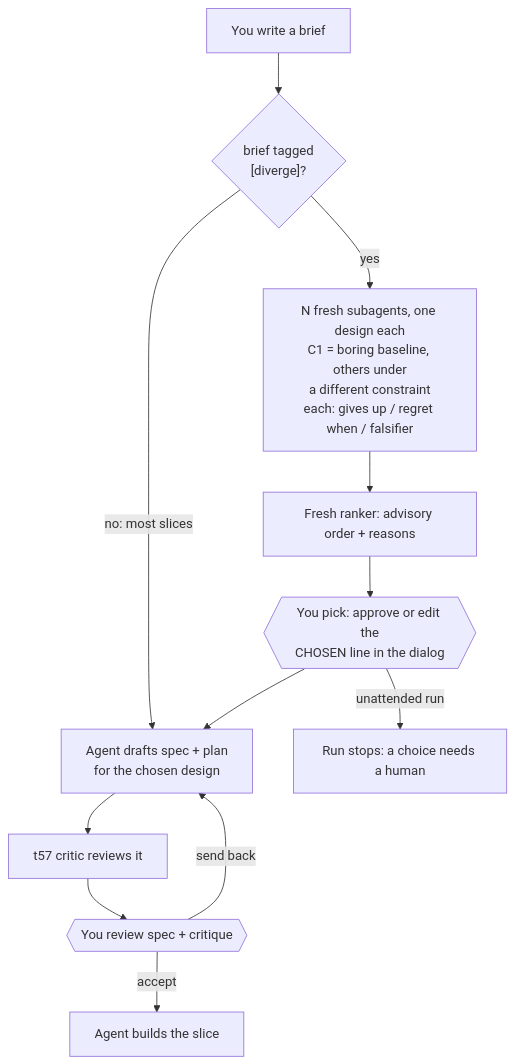
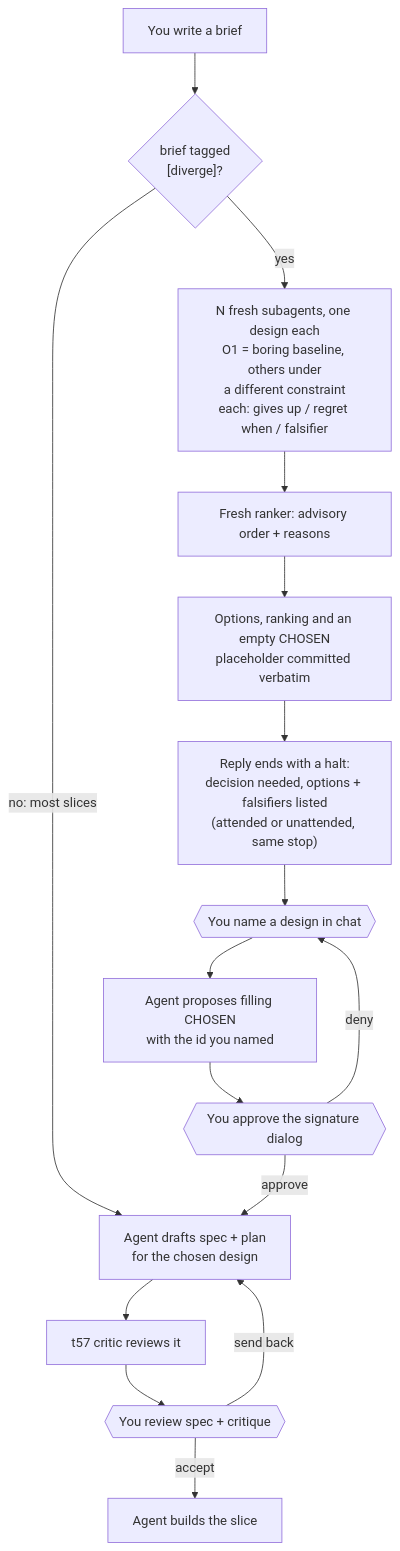
The second of 2 diagrams in docs/cascade/05b-t58-divergence.md (kadaluarsa/barbaric-driven-development), drawn with Mermaid before and after one commit. The commit also changed other lines of this file and 1 other file, not shown here.

First line of the commit message:
GENERATE 05b t58-divergence: answer all 10 critic findings — pick read from HEAD, one CHOSEN block, halt-then-name, no pre-fill

````diff
--- a/docs/cascade/05b-t58-divergence.md
+++ b/docs/cascade/05b-t58-divergence.md
@@ -44,14 +44,18 @@
 ```mermaid
 flowchart TD
     A["You write a brief"] --> T{"brief tagged<br/>[diverge]?"}
     T -- "no: most slices" --> B
-    T -- yes --> V["N fresh subagents, one design each<br/>C1 = boring baseline, others under<br/>a different constraint<br/>each: gives up / regret when / falsifier"]
+    T -- yes --> V["N fresh subagents, one design each<br/>O1 = boring baseline, others under<br/>a different constraint<br/>each: gives up / regret when / falsifier"]
     V --> K["Fresh ranker: advisory order + reasons"]
-    K --> H{{"You pick: approve or edit the<br/>CHOSEN line in the dialog"}}
-    H -- "unattended run" --> X["Run stops: a choice needs a human"]
-    H --> B["Agent drafts spec + plan<br/>for the chosen design"]
+    K --> M["Options, ranking and an empty CHOSEN<br/>placeholder committed verbatim"]
+    M --> Hlt["Reply ends with a halt:<br/>decision needed, options + falsifiers listed<br/>(attended or unattended, same stop)"]
+    Hlt --> H{{"You name a design in chat"}}
+    H --> S["Agent proposes filling CHOSEN<br/>with the id you named"]
+    S --> Sig{{"You approve the signature dialog"}}
+    Sig -- deny --> H
+    Sig -- approve --> B["Agent drafts spec + plan<br/>for the chosen design"]
     B --> R["t57 critic reviews it"]
     R --> C{{"You review spec + critique"}}
     C -- send back --> B
     C -- accept --> D["Agent builds the slice"]
 ```
````
